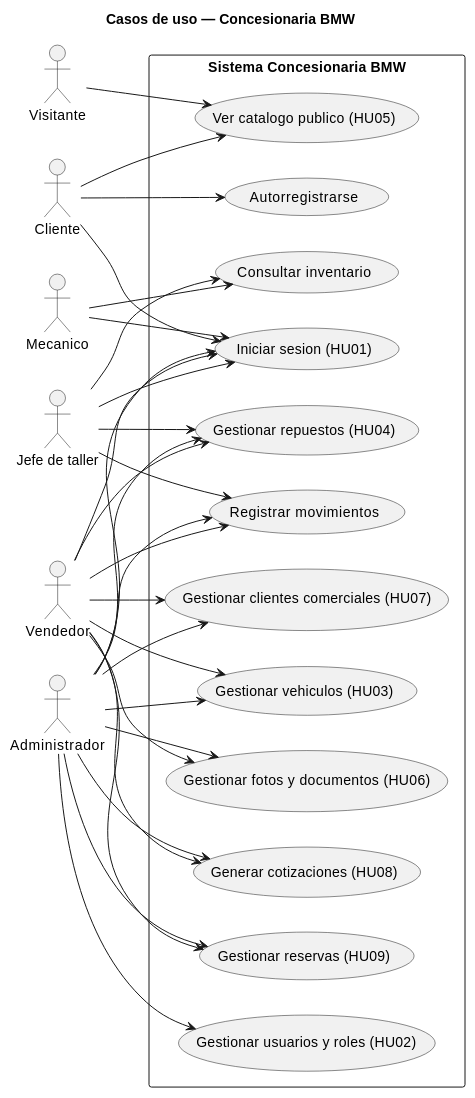
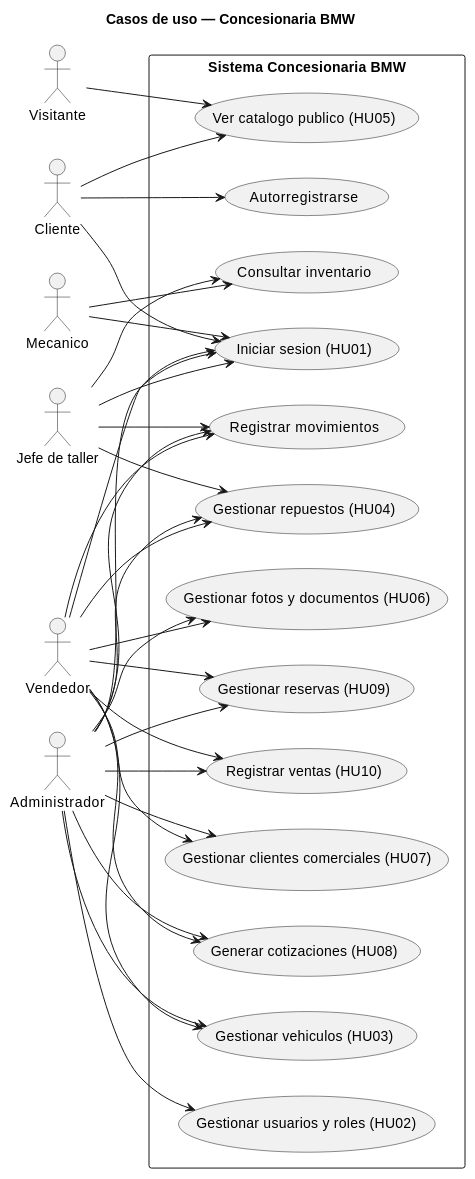
Before and after one commit to dgschahvqvc17/Concesionaria-BMW: the third of 14 diagrams in documentacion/diagramas.md, drawn with PlantUML. The commit also changed other lines of this file and 31 other files, not shown here.

````diff
--- a/documentacion/diagramas.md
+++ b/documentacion/diagramas.md
@@ -124,61 +125,64 @@
 ```plantuml
 @startuml
 title Casos de uso — Concesionaria BMW
 left to right direction
 skinparam shadowing false
 
 actor "Visitante" as visitante
 actor "Cliente" as cliente
 actor "Mecanico" as mecanico
 actor "Jefe de taller" as jefe
 actor "Vendedor" as vendedor
 actor "Administrador" as admin
 
 rectangle "Sistema Concesionaria BMW" {
   usecase "Ver catalogo publico (HU05)" as UC_catalogo
   usecase "Autorregistrarse" as UC_registro
   usecase "Iniciar sesion (HU01)" as UC_login
   usecase "Consultar inventario" as UC_consultar
   usecase "Gestionar vehiculos (HU03)" as UC_vehiculos
   usecase "Gestionar fotos y documentos (HU06)" as UC_archivos
   usecase "Gestionar repuestos (HU04)" as UC_repuestos
   usecase "Registrar movimientos" as UC_movimientos
   usecase "Gestionar clientes comerciales (HU07)" as UC_clientes
   usecase "Generar cotizaciones (HU08)" as UC_cotizaciones
   usecase "Gestionar reservas (HU09)" as UC_reservas
+  usecase "Registrar ventas (HU10)" as UC_ventas
   usecase "Gestionar usuarios y roles (HU02)" as UC_usuarios
 }
 
 visitante --> UC_catalogo
 cliente --> UC_catalogo
 cliente --> UC_registro
 cliente --> UC_login
 
 mecanico --> UC_login
 mecanico --> UC_consultar
 
 jefe --> UC_login
 jefe --> UC_consultar
 jefe --> UC_repuestos
 jefe --> UC_movimientos
 
 vendedor --> UC_login
 vendedor --> UC_vehiculos
 vendedor --> UC_archivos
 vendedor --> UC_repuestos
 vendedor --> UC_movimientos
 vendedor --> UC_clientes
 vendedor --> UC_cotizaciones
 vendedor --> UC_reservas
+vendedor --> UC_ventas
 
 admin --> UC_login
 admin --> UC_vehiculos
 admin --> UC_archivos
 admin --> UC_repuestos
 admin --> UC_movimientos
 admin --> UC_clientes
 admin --> UC_cotizaciones
 admin --> UC_reservas
+admin --> UC_ventas
 admin --> UC_usuarios
 @enduml
 ```
````
